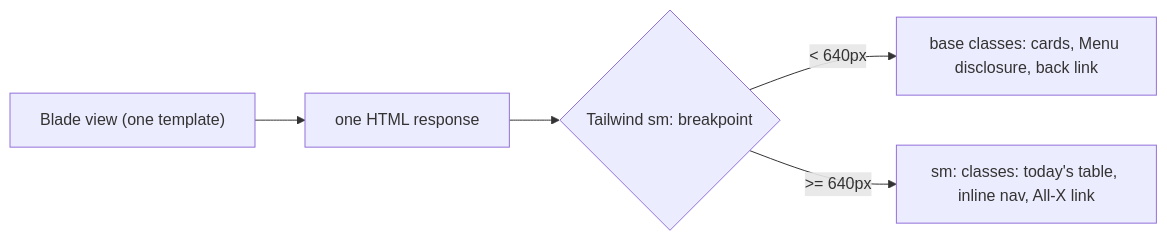
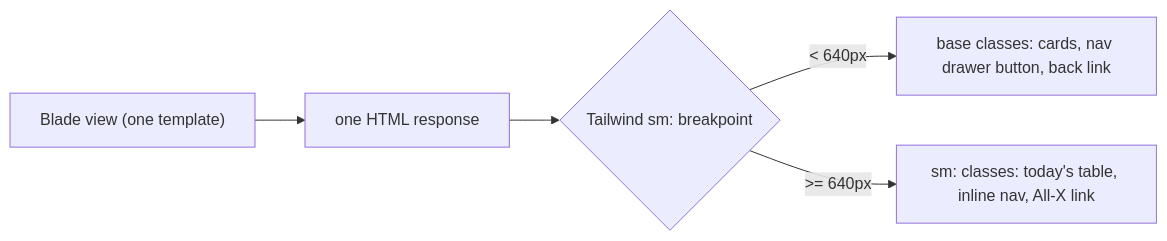
Before and after one commit to jonathan-beebe/art-store: the seventh of 8 diagrams in app/docs/admin.md, drawn with Mermaid. The commit also changed other lines of this file and 26 other files, not shown here.

````diff
--- a/app/docs/admin.md
+++ b/app/docs/admin.md
@@ -496,7 +511,7 @@
 ```mermaid
 flowchart LR
     blade["Blade view (one template)"] --> html["one HTML response"]
     html --> css{"Tailwind sm: breakpoint"}
-    css -->|"< 640px"| mobile["base classes: cards, Menu disclosure, back link"]
+    css -->|"< 640px"| mobile["base classes: cards, nav drawer button, back link"]
     css -->|">= 640px"| desktop["sm: classes: today's table, inline nav, All-X link"]
 ```
````
